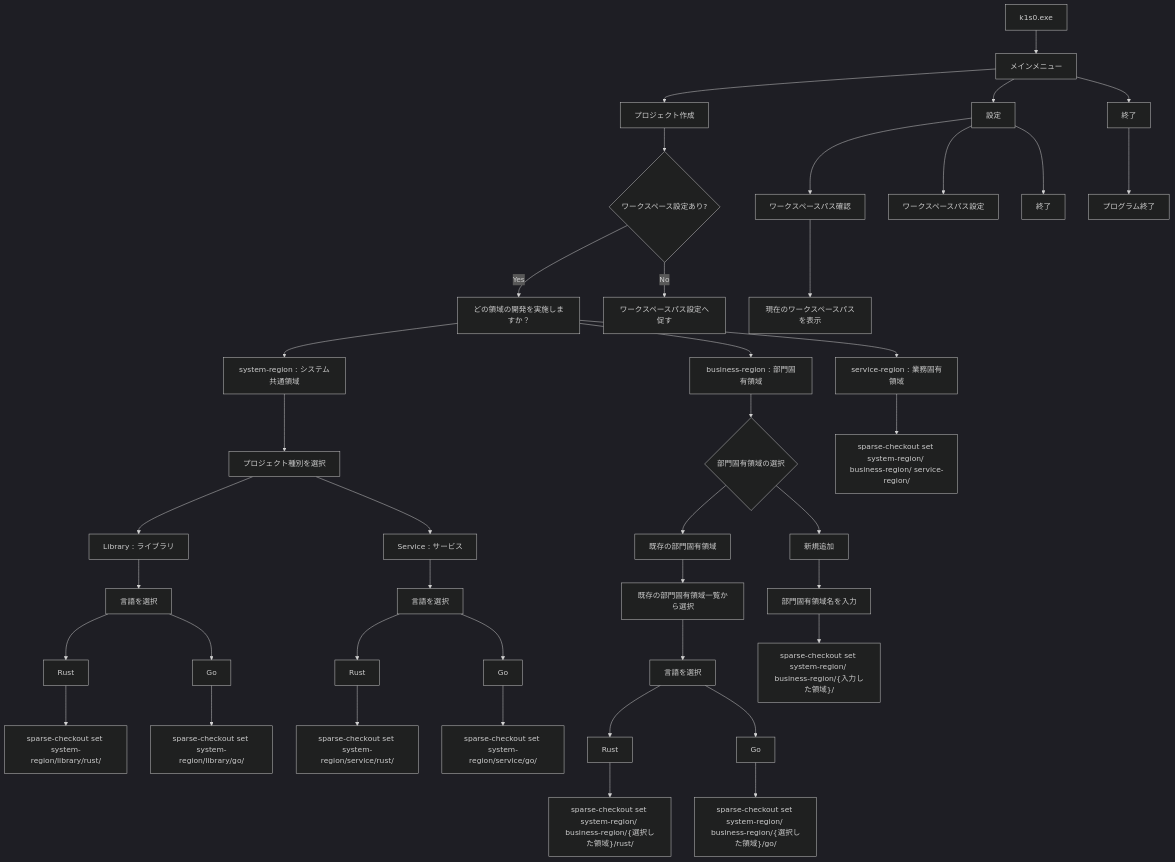
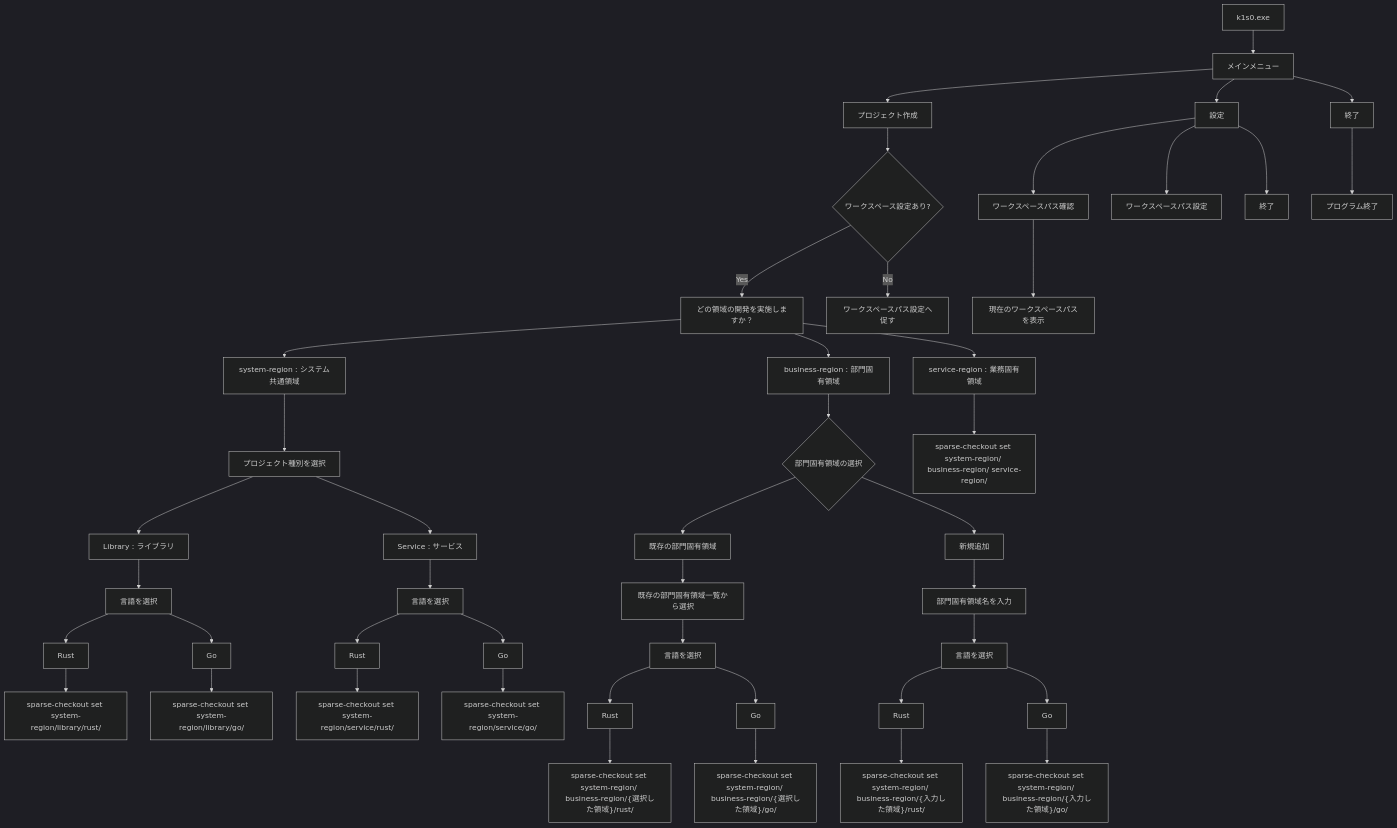
Before and after one commit to RyuheiKiso/k1s0: the diagram in docs/CLI設計書.md, drawn with Mermaid (dark theme). The commit also changed other lines of this file and 3 other files, not shown here.

````diff
--- a/docs/CLI設計書.md
+++ b/docs/CLI設計書.md
@@ -51,48 +52,52 @@
 ```mermaid
 flowchart TD
     A["k1s0.exe"] --> B["メインメニュー"]
 
     B --> C["プロジェクト作成"]
     B --> D["設定"]
     B --> E["終了"]
 
     C --> F{"ワークスペース設定あり?"}
     F -->|Yes| G["どの領域の開発を実施しますか？"]
     G --> G1["system-region : システム共通領域"]
     G --> G2["business-region : 部門固有領域"]
     G --> G3["service-region : 業務固有領域"]
     G1 --> PT["プロジェクト種別を選択"]
     PT --> PT1["Library : ライブラリ"]
     PT --> PT2["Service : サービス"]
     PT1 --> LLang["言語を選択"]
     LLang --> LLang1["Rust"]
     LLang --> LLang2["Go"]
     LLang1 --> SC1aR["sparse-checkout set system-region/library/rust/"]
     LLang2 --> SC1aG["sparse-checkout set system-region/library/go/"]
     PT2 --> SLang["言語を選択"]
     SLang --> SLang1["Rust"]
     SLang --> SLang2["Go"]
     SLang1 --> SC1bR["sparse-checkout set system-region/service/rust/"]
     SLang2 --> SC1bG["sparse-checkout set system-region/service/go/"]
     G2 --> BR{"部門固有領域の選択"}
     BR --> BR1["既存の部門固有領域"]
     BR --> BR2["新規追加"]
     BR1 --> BRL["既存の部門固有領域一覧から選択"]
     BRL --> BRLang["言語を選択"]
     BRLang --> BRLang1["Rust"]
     BRLang --> BRLang2["Go"]
     BRLang1 --> SC2R["sparse-checkout set system-region/ business-region/{選択した領域}/rust/"]
     BRLang2 --> SC2G["sparse-checkout set system-region/ business-region/{選択した領域}/go/"]
     BR2 --> BRN["部門固有領域名を入力"]
-    BRN --> SC2N["sparse-checkout set system-region/ business-region/{入力した領域}/"]
+    BRN --> BRNLang["言語を選択"]
+    BRNLang --> BRNLang1["Rust"]
+    BRNLang --> BRNLang2["Go"]
+    BRNLang1 --> SC2NR["sparse-checkout set system-region/ business-region/{入力した領域}/rust/"]
+    BRNLang2 --> SC2NG["sparse-checkout set system-region/ business-region/{入力した領域}/go/"]
     G3 --> SC3["sparse-checkout set system-region/ business-region/ service-region/"]
     F -->|No| H["ワークスペースパス設定へ促す"]
 
     D --> I["ワークスペースパス確認"]
     D --> L["ワークスペースパス設定"]
     D --> J["終了"]
 
     I --> I1["現在のワークスペースパスを表示"]
 
     E --> K["プログラム終了"]
 ```
````
